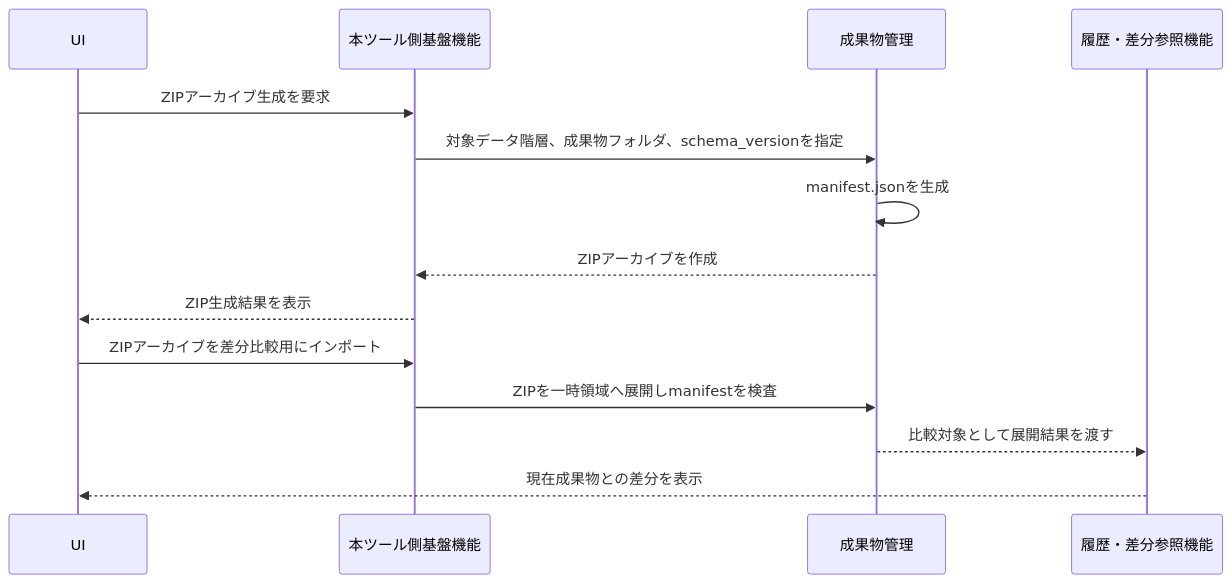
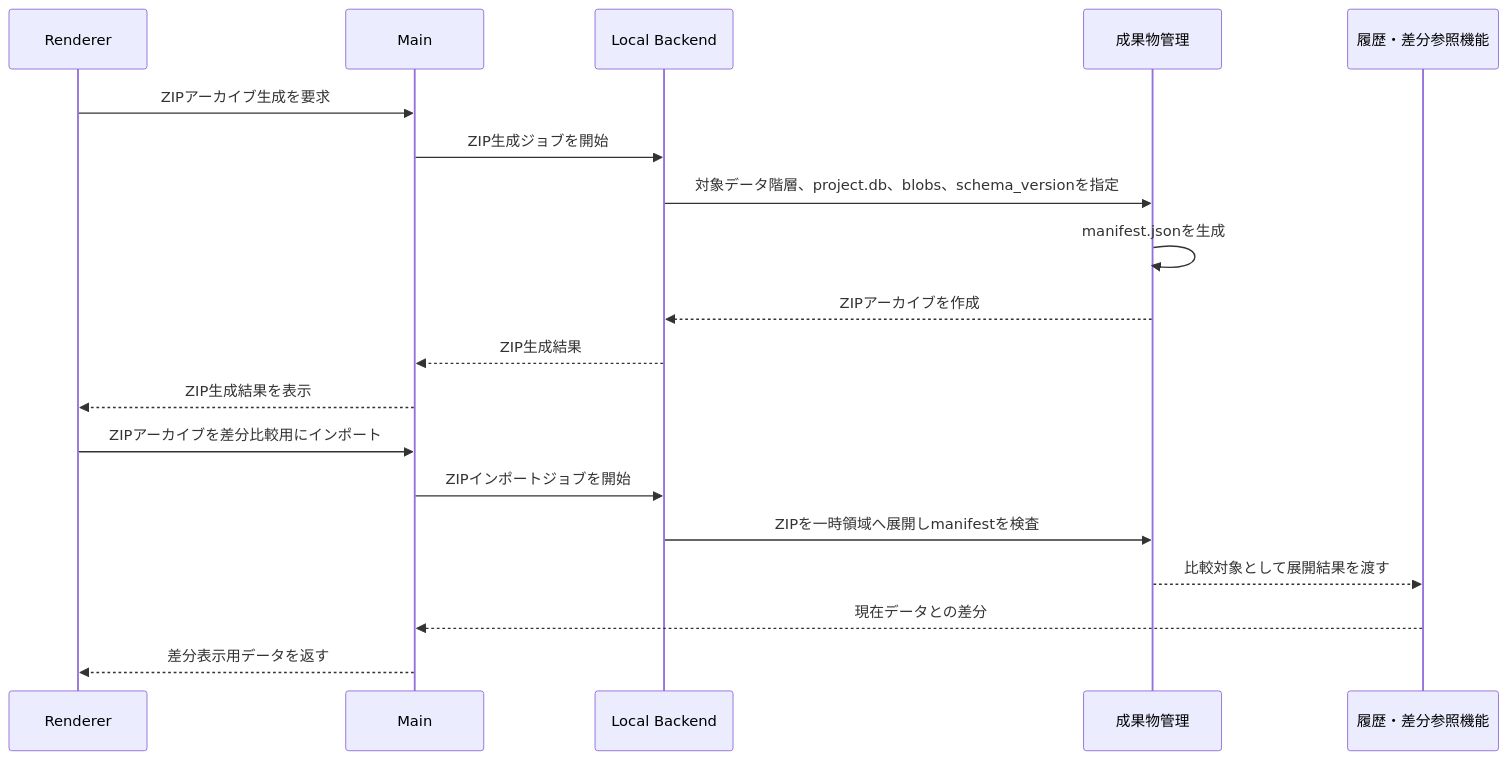
The ninth of 9 diagrams in docs/sdd_function_architecture.md (kfuruichi0920/d2d), drawn with Mermaid before and after one commit. The commit also changed other lines of this file, not shown here.

````diff
--- a/docs/sdd_function_architecture.md
+++ b/docs/sdd_function_architecture.md
@@ -410,18 +459,23 @@
 ```mermaid
 sequenceDiagram
-    participant UI as UI
-    participant Host as 本ツール側基盤機能
+    participant UI as Renderer
+    participant Main as Main
+    participant Host as Local Backend
     participant Artifact as 成果物管理
     participant History as 履歴・差分参照機能
 
-    UI->>Host: ZIPアーカイブ生成を要求
-    Host->>Artifact: 対象データ階層、成果物フォルダ、schema_versionを指定
+    UI->>Main: ZIPアーカイブ生成を要求
+    Main->>Host: ZIP生成ジョブを開始
+    Host->>Artifact: 対象データ階層、project.db、blobs、schema_versionを指定
     Artifact->>Artifact: manifest.jsonを生成
     Artifact-->>Host: ZIPアーカイブを作成
-    Host-->>UI: ZIP生成結果を表示
+    Host-->>Main: ZIP生成結果
+    Main-->>UI: ZIP生成結果を表示
 
-    UI->>Host: ZIPアーカイブを差分比較用にインポート
+    UI->>Main: ZIPアーカイブを差分比較用にインポート
+    Main->>Host: ZIPインポートジョブを開始
     Host->>Artifact: ZIPを一時領域へ展開しmanifestを検査
     Artifact-->>History: 比較対象として展開結果を渡す
-    History-->>UI: 現在成果物との差分を表示
+    History-->>Main: 現在データとの差分
+    Main-->>UI: 差分表示用データを返す
 ```
````
